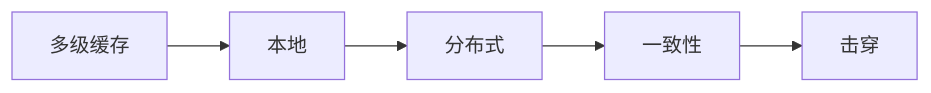
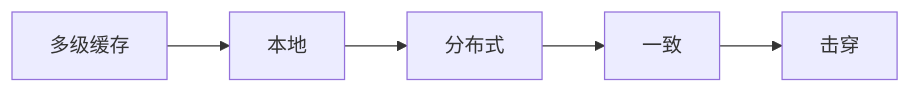
Before and after one commit to tghrxxxyyy/knowledge-base: the diagram in 架构/缓存架构与多级缓存.md, drawn with Mermaid. The commit also changed other lines of this file and 385 other files, not shown here.

````diff
--- a/架构/缓存架构与多级缓存.md
+++ b/架构/缓存架构与多级缓存.md
@@ -19,9 +19,9 @@
 ```mermaid
 flowchart LR
     A[多级缓存]
     B[本地]
     C[分布式]
-    D[一致性]
+    D[一致]
     E[击穿]
     A --> B --> C --> D --> E
 ```
````
